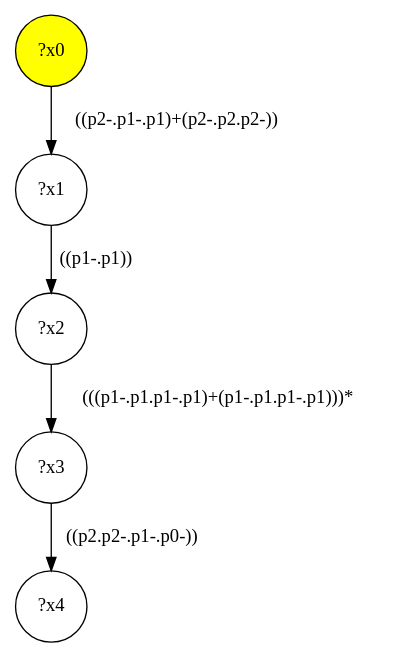
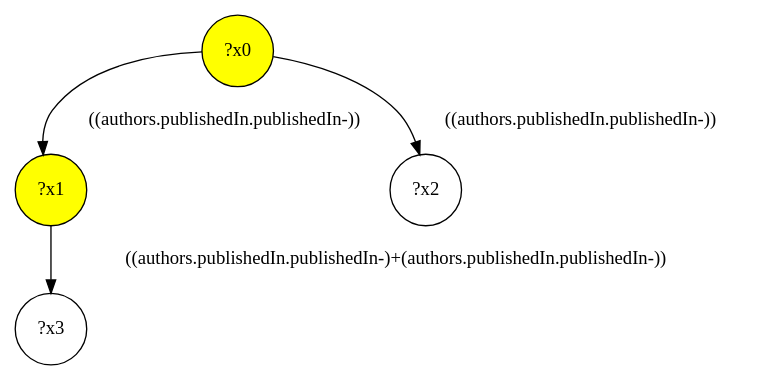
The diagram in src/queryinterface/interface-queries/query-47.dot (gbagan/gmark), drawn with Graphviz before and after one commit. The commit also changed 150 other files, not shown here.

```diff
--- a/src/queryinterface/interface-queries/query-47.dot
+++ b/src/queryinterface/interface-queries/query-47.dot
@@ -1,11 +1,9 @@
 digraph g {
 	x0 [fillcolor="yellow", style="filled," shape=circle, label="?x0"];
-	x1 [shape=circle, label="?x1"];
-	x0 -> x1 [label="((p2-.p1-.p1)+(p2-.p2.p2-))"];
+	x1 [fillcolor="yellow", style="filled," shape=circle, label="?x1"];
+	x0 -> x1 [label="((authors.publishedIn.publishedIn-))"];
 	x2 [shape=circle, label="?x2"];
-	x1 -> x2 [label="((p1-.p1))"];
+	x0 -> x2 [label="((authors.publishedIn.publishedIn-))"];
 	x3 [shape=circle, label="?x3"];
-	x2 -> x3 [label="(((p1-.p1.p1-.p1)+(p1-.p1.p1-.p1)))*"];
-	x4 [shape=circle, label="?x4"];
-	x3 -> x4 [label="((p2.p2-.p1-.p0-))"];
+	x1 -> x3 [label="((authors.publishedIn.publishedIn-)+(authors.publishedIn.publishedIn-))"];
 }
```
